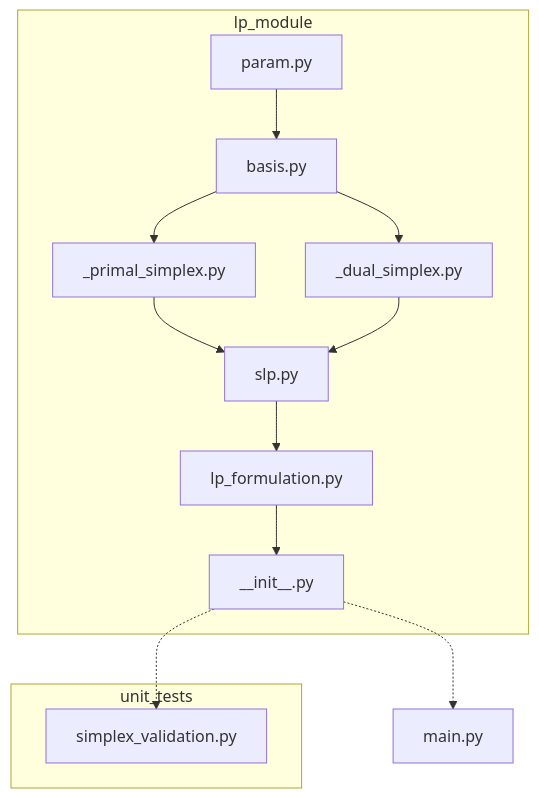
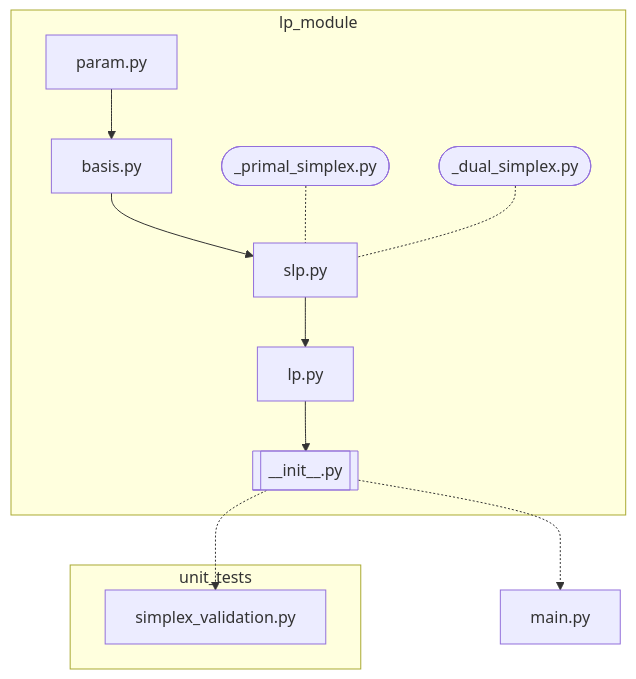
The diagram in README.md (JeanPousset/MILP_solver), drawn with Mermaid before and after one commit. The commit also changed 10 other files, not shown here.

````diff
--- a/README.md
+++ b/README.md
@@ -5,17 +5,18 @@
 ```mermaid
 graph TD; 
   subgraph "lp_module"
     P[param.py] --> B[basis.py]
-    B --> PS[_primal_simplex.py]
-    B --> DS[_dual_simplex.py]
-    PS --> S[slp.py]
-    DS --> S
-    S --> F[lp_formulation.py]
-    F --> I[__init__.py]
+    PS([_primal_simplex.py])
+    DS([_dual_simplex.py])
+    B --> S[slp.py]
+    PS -.- S
+    DS -.- S
+    S --> F[lp.py]
+    F --> I[[__init__.py]]
   end
   I -.-> M[main.py]
   subgraph "unit_tests"
     V[simplex_validation.py]
   end
   I -.-> V
 ```
````
